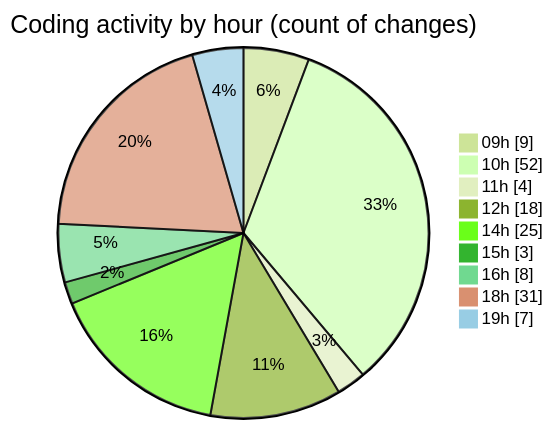
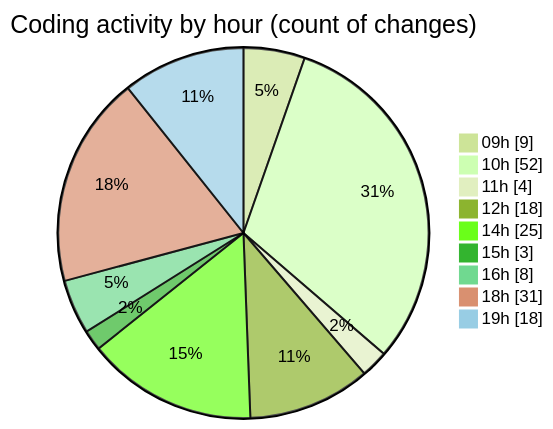
One commit to momahboobian/code-tracking changed the second of 2 diagrams in 2026-09-01/cda/README.md. Above: the diagram before and after it, drawn with Mermaid (forest theme). The commit also changed other lines of this file and 1 other file, not shown here.

````diff
--- a/2026-09-01/cda/README.md
+++ b/2026-09-01/cda/README.md
@@ -92,13 +92,13 @@
 ```mermaid
 pie showData
 title Coding activity by hour (count of changes)
 "09h" : 9
 "10h" : 52
 "11h" : 4
 "12h" : 18
 "14h" : 25
 "15h" : 3
 "16h" : 8
 "18h" : 31
-"19h" : 7
+"19h" : 18
 ```
````
